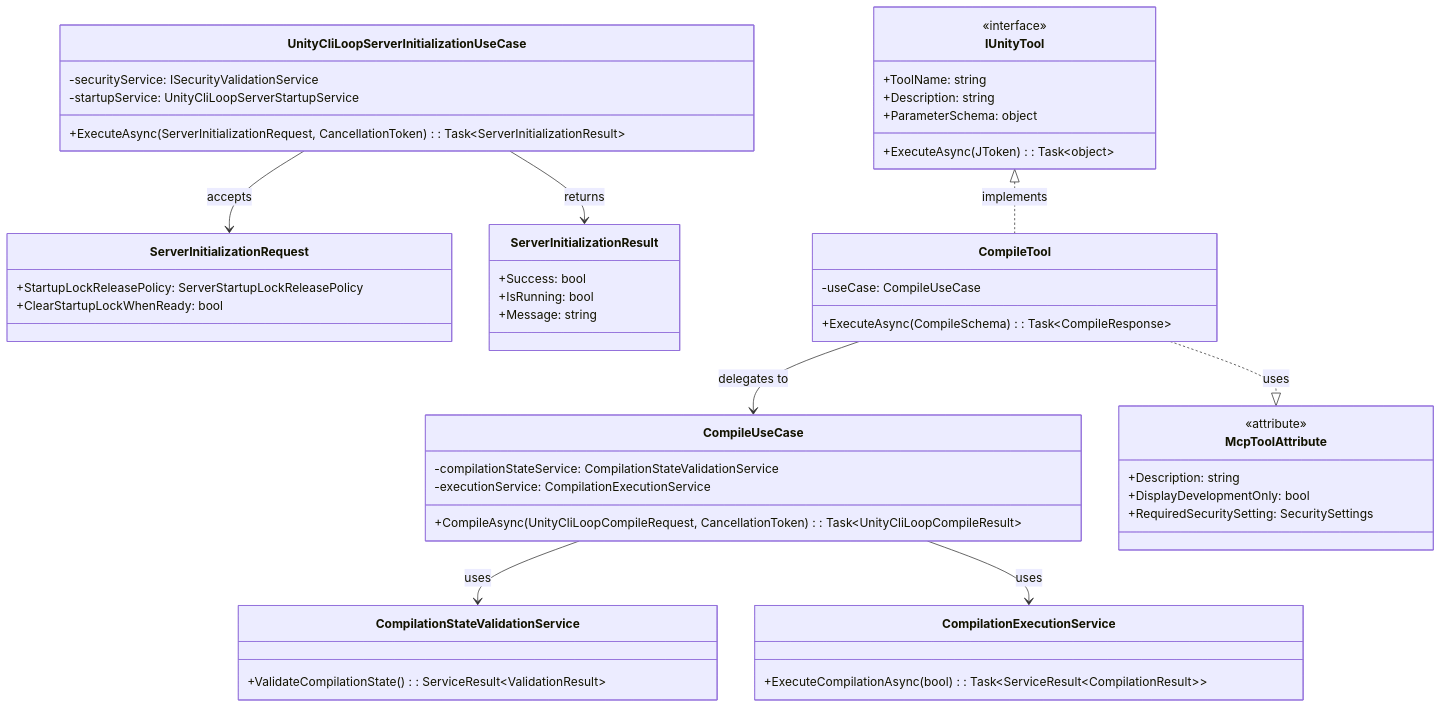
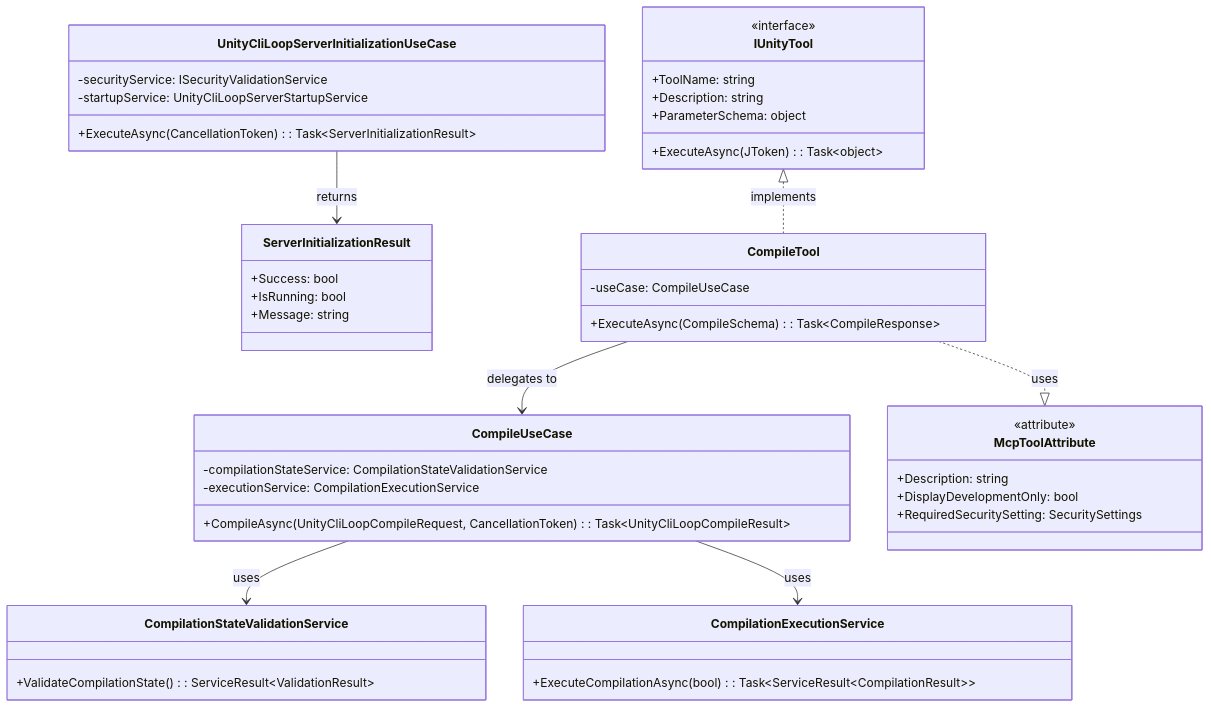
One commit to hatayama/unity-cli-loop changed the fourth of 7 diagrams in Packages/docs/ARCHITECTURE_Unity.md. Above: the diagram before and after it, drawn with Mermaid. The commit also changed 54 other files, not shown here.

````diff
--- a/Packages/docs/ARCHITECTURE_Unity.md
+++ b/Packages/docs/ARCHITECTURE_Unity.md
@@ -249,61 +249,55 @@
 ```mermaid
 classDiagram
     class CompileUseCase {
         -compilationStateService: CompilationStateValidationService
         -executionService: CompilationExecutionService
         +CompileAsync(UnityCliLoopCompileRequest, CancellationToken): Task~UnityCliLoopCompileResult~
     }
 
     class UnityCliLoopServerInitializationUseCase {
         -securityService: ISecurityValidationService
         -startupService: UnityCliLoopServerStartupService
-        +ExecuteAsync(ServerInitializationRequest, CancellationToken): Task~ServerInitializationResult~
-    }
-
-    class ServerInitializationRequest {
-        +StartupLockReleasePolicy: ServerStartupLockReleasePolicy
-        +ClearStartupLockWhenReady: bool
+        +ExecuteAsync(CancellationToken): Task~ServerInitializationResult~
     }
 
     class ServerInitializationResult {
         +Success: bool
         +IsRunning: bool
         +Message: string
     }
 
     class CompilationStateValidationService {
         +ValidateCompilationState(): ServiceResult~ValidationResult~
     }
 
     class CompilationExecutionService {
         +ExecuteCompilationAsync(bool): Task~ServiceResult~CompilationResult~~
     }
 
     class IUnityTool {
         <<interface>>
         +ToolName: string
         +Description: string
         +ParameterSchema: object
         +ExecuteAsync(JToken): Task~object~
     }
 
     class CompileTool {
         -useCase: CompileUseCase
         +ExecuteAsync(CompileSchema): Task~CompileResponse~
     }
 
     class McpToolAttribute {
         <<attribute>>
         +Description: string
         +DisplayDevelopmentOnly: bool
         +RequiredSecuritySetting: SecuritySettings
     }
 
     CompileUseCase --> CompilationStateValidationService : uses
     CompileUseCase --> CompilationExecutionService : uses
-    UnityCliLoopServerInitializationUseCase --> ServerInitializationRequest : accepts
     UnityCliLoopServerInitializationUseCase --> ServerInitializationResult : returns
     IUnityTool <|.. CompileTool : implements
     CompileTool --> CompileUseCase : delegates to
     CompileTool ..|> McpToolAttribute : uses
 ```
````
